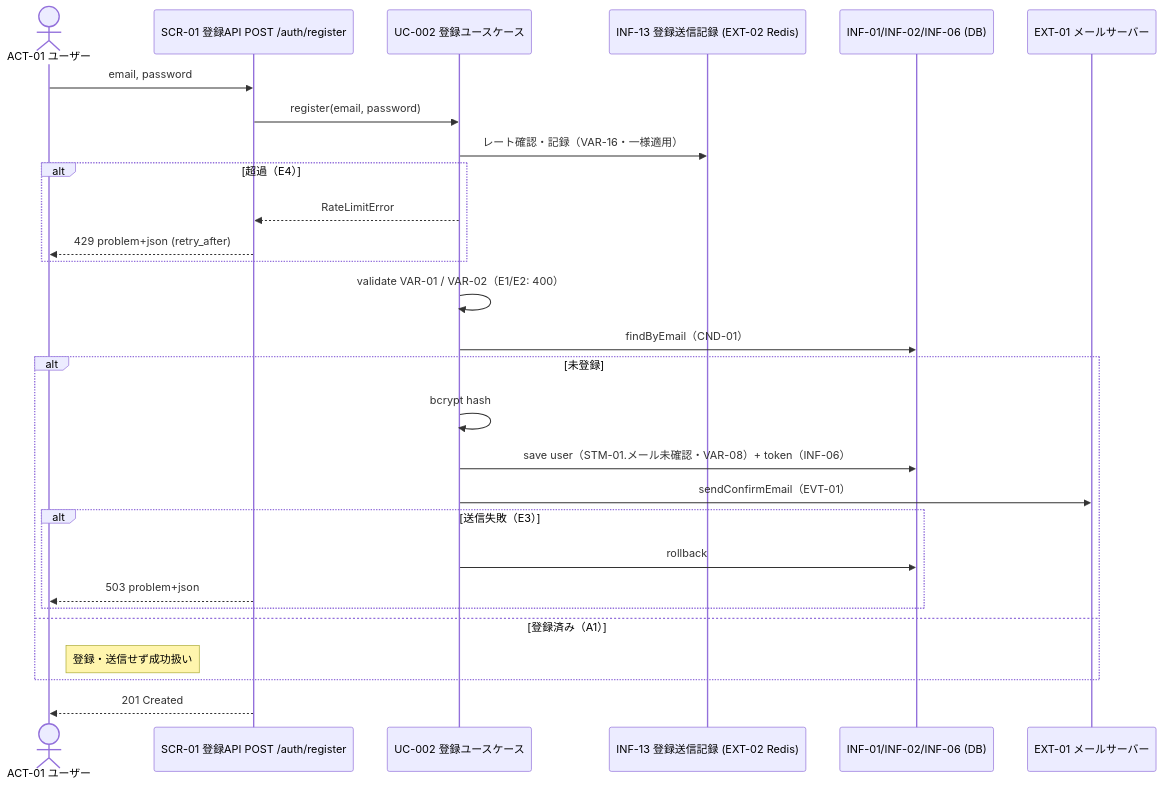
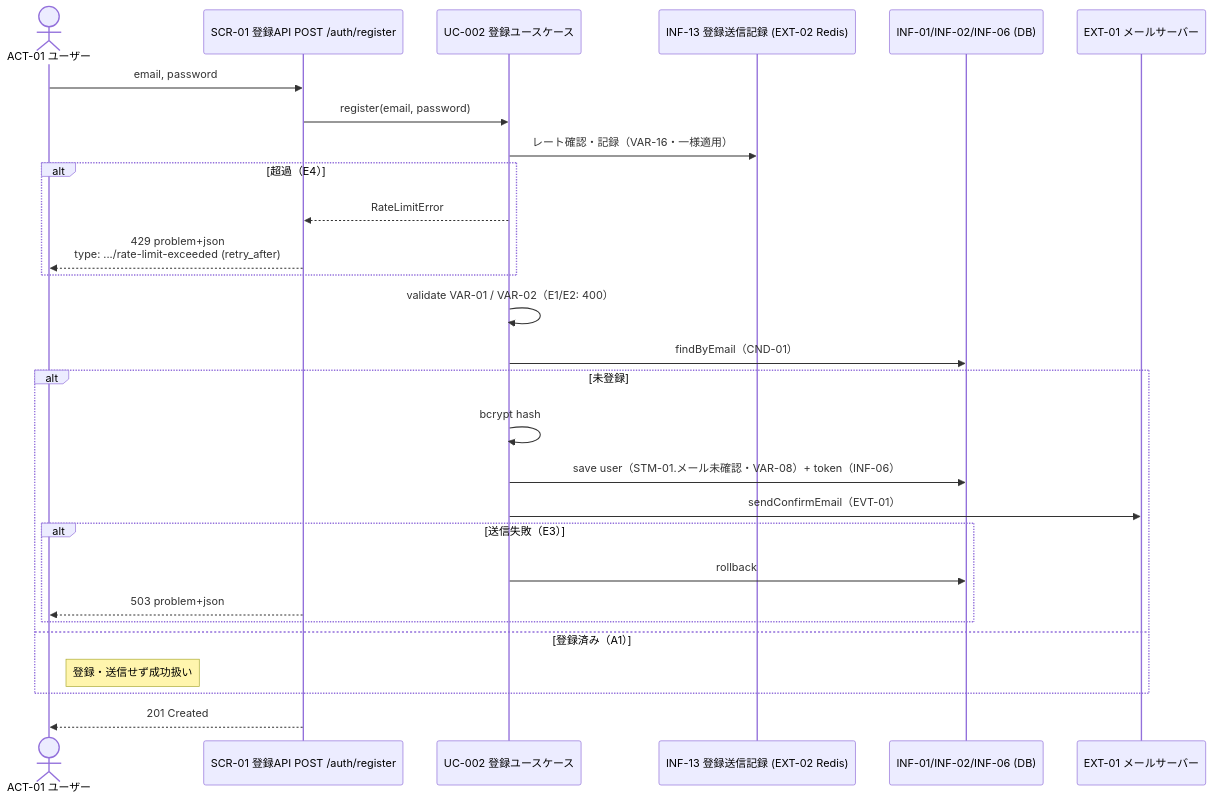
Before and after one commit to suunet/POC_HYDRA_AUTH: the diagram in .docs/design/uc/UC-002.md, drawn with Mermaid. The commit also changed other lines of this file and 7 other files, not shown here.

````diff
--- a/.docs/design/uc/UC-002.md
+++ b/.docs/design/uc/UC-002.md
@@ -95,30 +95,30 @@
 ```mermaid
 sequenceDiagram
   actor User as ACT-01 ユーザー
   participant API as SCR-01 登録API POST /auth/register
   participant UseCase as UC-002 登録ユースケース
   participant Rate as INF-13 登録送信記録 (EXT-02 Redis)
   participant DB as INF-01/INF-02/INF-06 (DB)
   participant Mail as EXT-01 メールサーバー
   User->>API: email, password
   API->>UseCase: register(email, password)
   UseCase->>Rate: レート確認・記録（VAR-16・一様適用）
   alt 超過（E4）
   UseCase-->>API: RateLimitError
-  API-->>User: 429 problem+json (retry_after)
+  API-->>User: 429 problem+json<br/>type: .../rate-limit-exceeded (retry_after)
   end
   UseCase->>UseCase: validate VAR-01 / VAR-02（E1/E2: 400）
   UseCase->>DB: findByEmail（CND-01）
   alt 未登録
   UseCase->>UseCase: bcrypt hash
   UseCase->>DB: save user（STM-01.メール未確認・VAR-08）+ token（INF-06）
   UseCase->>Mail: sendConfirmEmail（EVT-01）
   alt 送信失敗（E3）
   UseCase->>DB: rollback
   API-->>User: 503 problem+json
   end
   else 登録済み（A1）
   Note right of User: 登録・送信せず成功扱い
   end
   API-->>User: 201 Created
 ```
````
